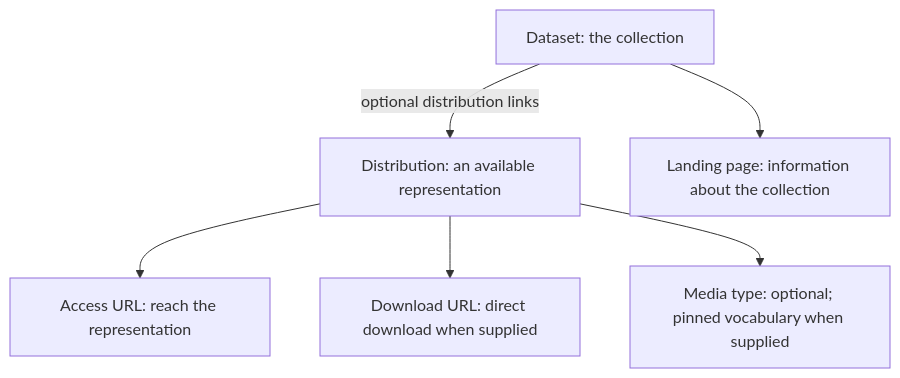
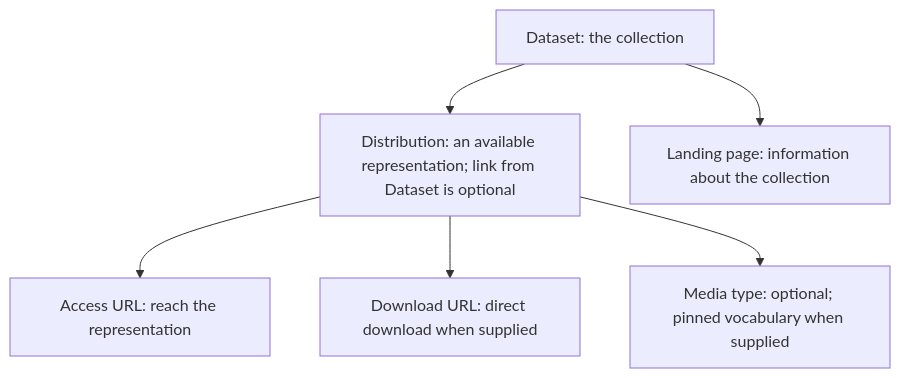
Before and after one commit to Hadden-Industries/universal-ontology: the diagram in docs/editing-policy/diagrams/dataset-access-guide.mmd, drawn with Mermaid. The commit also changed 22 other files, not shown here.

```diff
--- a/docs/editing-policy/diagrams/dataset-access-guide.mmd
+++ b/docs/editing-policy/diagrams/dataset-access-guide.mmd
@@ -1,6 +1,6 @@
 flowchart TD
-    dataset["Dataset: the collection"] -->|optional distribution links| distribution["Distribution: an available representation"]
+    dataset["Dataset: the collection"] --> distribution["Distribution: an available representation; link from Dataset is optional"]
     dataset --> landing["Landing page: information about the collection"]
     distribution --> access["Access URL: reach the representation"]
     distribution --> download["Download URL: direct download when supplied"]
     distribution --> media["Media type: optional; pinned vocabulary when supplied"]
```
